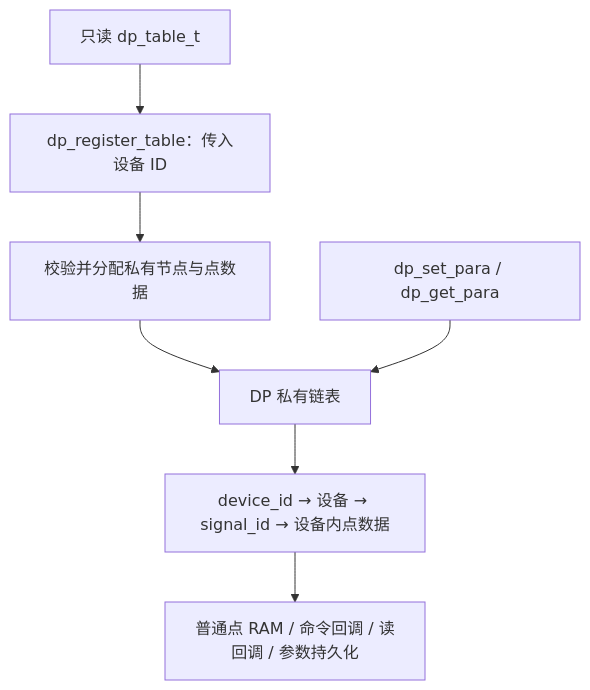
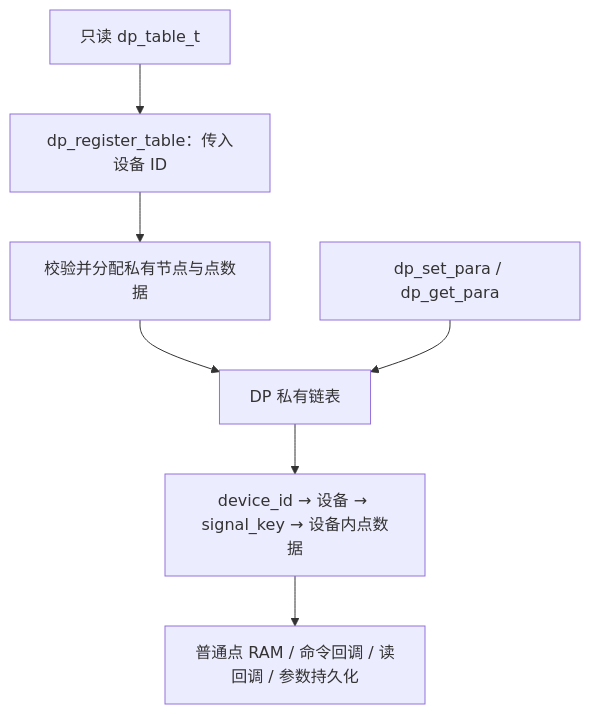
Before and after one commit to ryaaaaaan96/IDU-pre: the diagram in modules/dataprocess/README.md, drawn with Mermaid. The commit also changed other lines of this file and 22 other files, not shown here.

````diff
--- a/modules/dataprocess/README.md
+++ b/modules/dataprocess/README.md
@@ -44,9 +44,9 @@
 ```mermaid
 flowchart TD
     A[只读 dp_table_t] --> B[dp_register_table：传入设备 ID]
     B --> C[校验并分配私有节点与点数据]
     C --> D[DP 私有链表]
     E[dp_set_para / dp_get_para] --> D
-    D --> F[device_id → 设备 → signal_id → 设备内点数据]
+    D --> F[device_id → 设备 → signal_key → 设备内点数据]
     F --> G[普通点 RAM / 命令回调 / 读回调 / 参数持久化]
 ```
````
